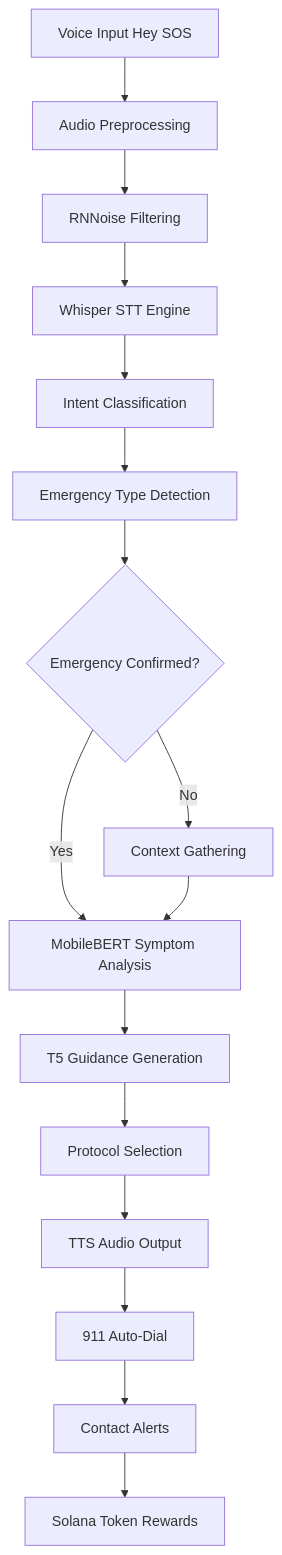
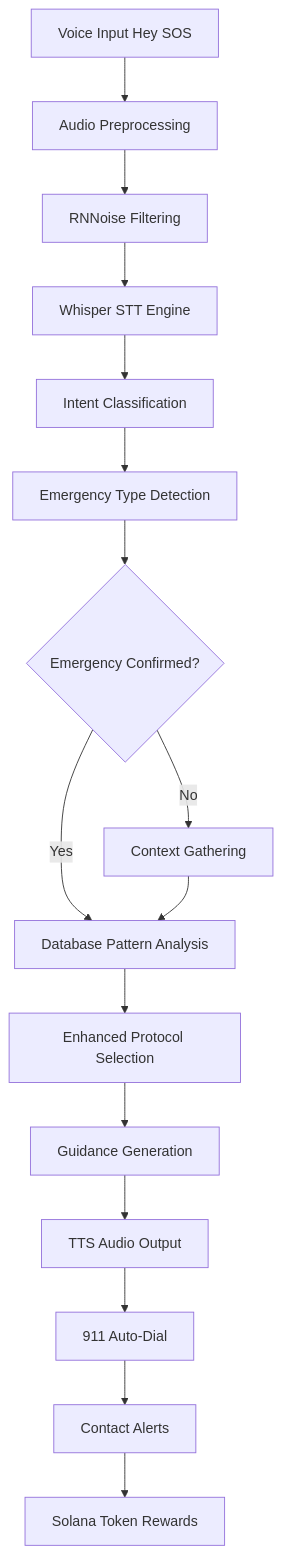
The first of 2 diagrams in ARCHITECTURE.md (paragoner1/crisis-companion), drawn with Mermaid before and after one commit. The commit also changed other lines of this file and 29 other files, not shown here.

````diff
--- a/ARCHITECTURE.md
+++ b/ARCHITECTURE.md
@@ -24,20 +24,20 @@
 ```mermaid
 graph TD
     A[Voice Input Hey SOS] --> B[Audio Preprocessing]
     B --> C[RNNoise Filtering]
     C --> D[Whisper STT Engine]
     D --> E[Intent Classification]
     E --> F[Emergency Type Detection]
     F --> G{Emergency Confirmed?}
     
-    G -->|Yes| H[MobileBERT Symptom Analysis]
+    G -->|Yes| H[Database Pattern Analysis]
     G -->|No| I[Context Gathering]
     I --> H
     
-    H --> J[T5 Guidance Generation]
-    J --> K[Protocol Selection]
+    H --> J[Enhanced Protocol Selection]
+    J --> K[Guidance Generation]
     K --> L[TTS Audio Output]
     L --> M[911 Auto-Dial]
     M --> N[Contact Alerts]
     N --> O[Solana Token Rewards]
 ```
````
